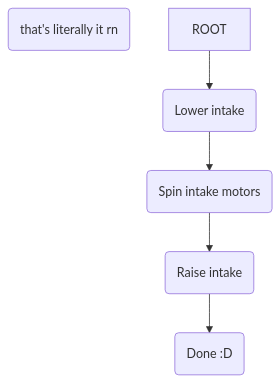
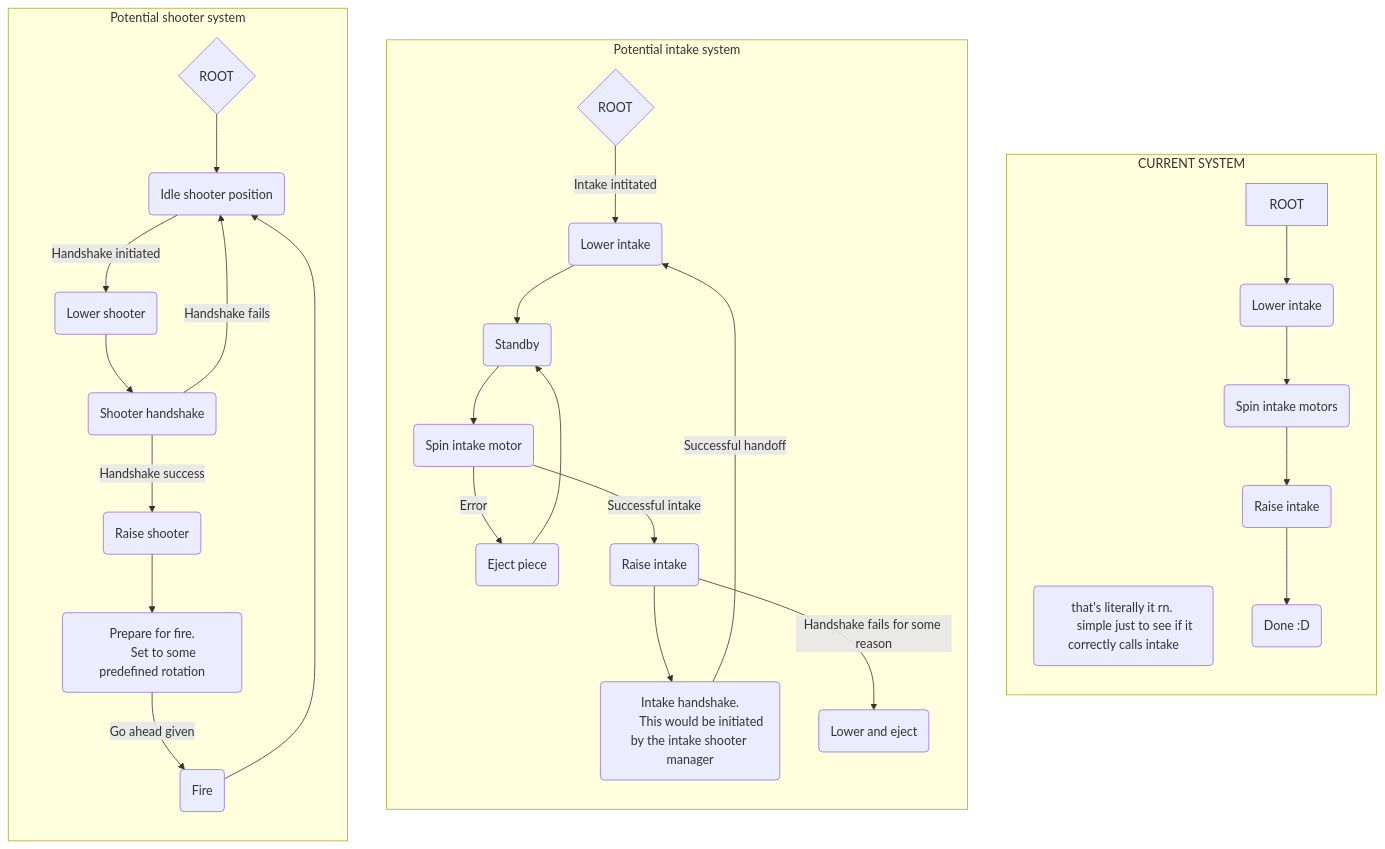
One commit to Raptacon/Robot-2024 changed the diagram in stateMachines/testIntakeDiagram.md. Above: the diagram before and after it, drawn with Mermaid. The commit also changed 4 other files, not shown here.

Commit message:
Updated diagram

````diff
--- a/stateMachines/testIntakeDiagram.md
+++ b/stateMachines/testIntakeDiagram.md
@@ -1,9 +1,46 @@
 ```mermaid
 flowchart TB
-    mes(that's literally it rn)
+    subgraph CURRENT SYSTEM
+        direction TB
 
-    Root[ROOT]-->Lower(Lower intake)
-    Lower-->Spin(Spin intake motors)
-    Spin-->Raise(Raise intake)
-    Raise-->Done(Done :D)
+        mes(that's literally it rn. 
+        simple just to see if it correctly calls intake)
+
+        _Root[ROOT]-->_Lower(Lower intake)
+        _Lower-->_Spin(Spin intake motors)
+        _Spin-->_Raise(Raise intake)
+        _Raise-->_Done(Done :D)
+    end
+
+    subgraph Potential intake system
+        direction TB
+
+        ROOT{ROOT}-->|Intake intitated|LowerIntake(Lower intake)
+        LowerIntake-->LowerStandby(Standby)
+        LowerStandby-->Spin(Spin intake motor)
+
+        Spin-->|Error|Eject(Eject piece)
+        Eject-->LowerStandby
+
+        Spin-->|Successful intake|RaiseIntake(Raise intake)
+        RaiseIntake-->IntakeHandshake(Intake handshake.
+        This would be initiated by the intake shooter manager)
+        RaiseIntake-->|Handshake fails for some reason|HandshakeEject(Lower and eject)
+
+        IntakeHandshake-->|Successful handoff|LowerIntake
+    end
+
+    subgraph Potential shooter system
+        direction TB
+        SHOOTER_ROOT{ROOT}-->ShooterIdle(Idle shooter position)
+        ShooterIdle-->|Handshake initiated|LowerShooter(Lower shooter)
+        LowerShooter-->ShooterHandshake(Shooter handshake)
+        ShooterHandshake-->|Handshake fails|ShooterIdle
+
+        ShooterHandshake-->|Handshake success|RaiseShooter(Raise shooter)
+        RaiseShooter-->PrepFire(Prepare for fire.
+        Set to some predefined rotation)
+        PrepFire-->|Go ahead given|Fire(Fire)
+        Fire-->ShooterIdle
+    end
 ```
````
